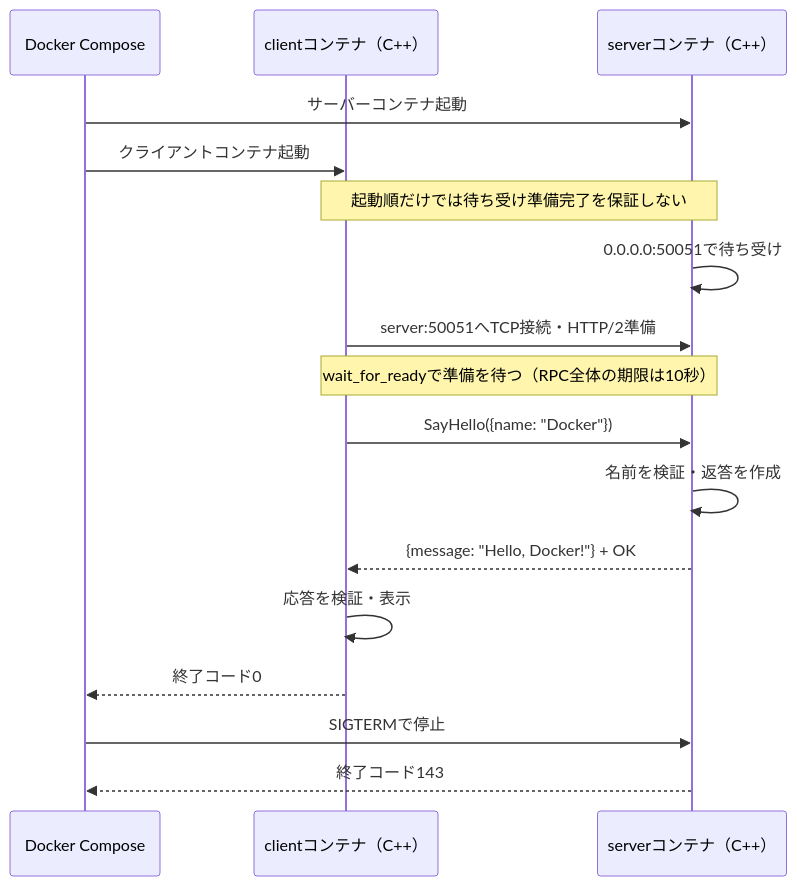
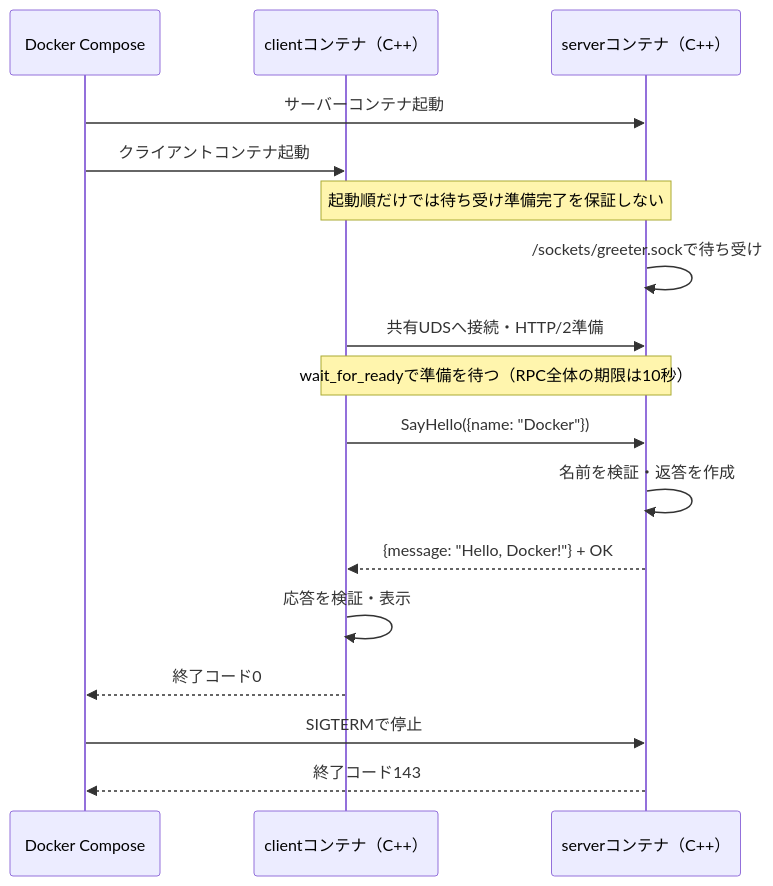
The diagram in docs/communication-and-virtualization.md (KeijiTokunaga/gRPCStudy), drawn with Mermaid before and after one commit. The commit also changed other lines of this file and 6 other files, not shown here.

````diff
--- a/docs/communication-and-virtualization.md
+++ b/docs/communication-and-virtualization.md
@@ -30,19 +31,19 @@
 ```mermaid
 sequenceDiagram
     participant D as Docker Compose
     participant C as clientコンテナ（C++）
     participant S as serverコンテナ（C++）
     D->>S: サーバーコンテナ起動
     D->>C: クライアントコンテナ起動
     Note over C,S: 起動順だけでは待ち受け準備完了を保証しない
-    S->>S: 0.0.0.0:50051で待ち受け
-    C->>S: server:50051へTCP接続・HTTP/2準備
+    S->>S: /sockets/greeter.sockで待ち受け
+    C->>S: 共有UDSへ接続・HTTP/2準備
     Note over C,S: wait_for_readyで準備を待つ（RPC全体の期限は10秒）
     C->>S: SayHello({name: "Docker"})
     S->>S: 名前を検証・返答を作成
     S-->>C: {message: "Hello, Docker!"} + OK
     C->>C: 応答を検証・表示
     C-->>D: 終了コード0
     D->>S: SIGTERMで停止
     S-->>D: 終了コード143
 ```
````
